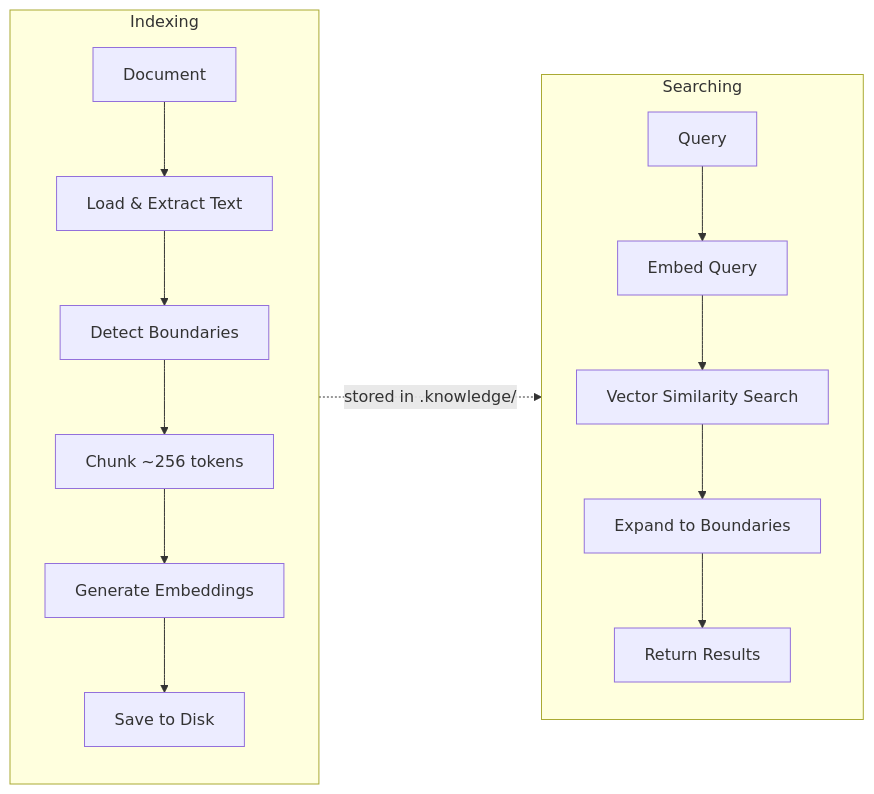
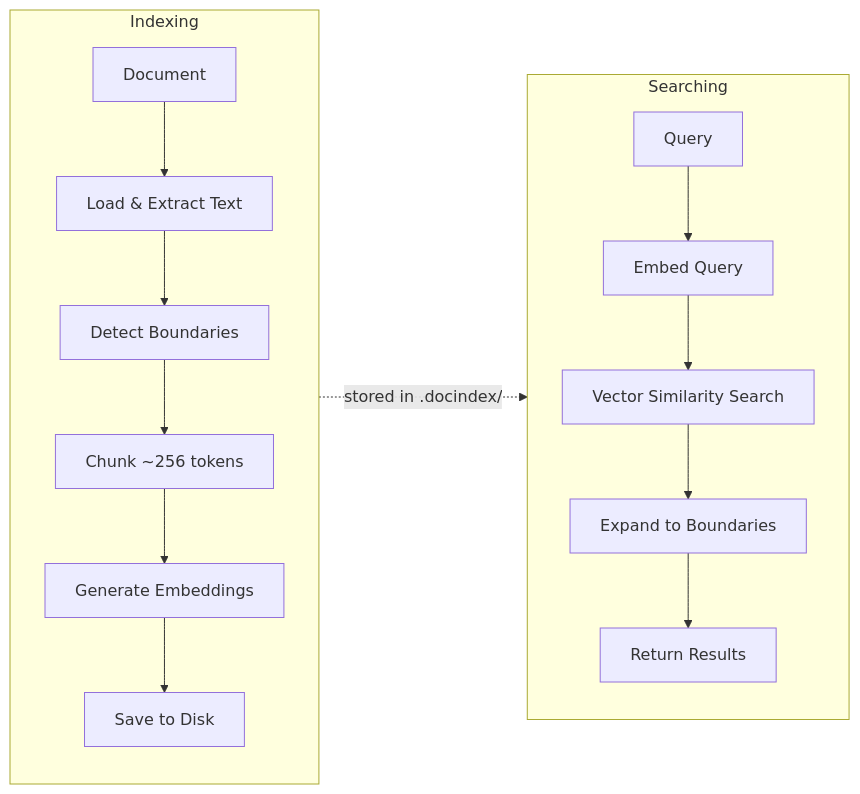
The second of 2 diagrams in README.md (mike-anderson/doc-index-mcp), drawn with Mermaid before and after one commit. The commit also changed other lines of this file and 18 other files, not shown here.

First line of the commit message:
Rename project from knowledge-index-mcp to doc-index-mcp

````diff
--- a/README.md
+++ b/README.md
@@ -194,21 +194,21 @@
 ```mermaid
 flowchart LR
     subgraph Index["Indexing"]
         direction TB
         A[Document] --> B[Load & Extract Text]
         B --> C[Detect Boundaries]
         C --> D[Chunk ~256 tokens]
         D --> E[Generate Embeddings]
         E --> F[Save to Disk]
     end
 
     subgraph Search["Searching"]
         direction TB
         G[Query] --> H[Embed Query]
         H --> I[Vector Similarity Search]
         I --> J[Expand to Boundaries]
         J --> K[Return Results]
     end
 
-    Index -.->|stored in .knowledge/| Search
+    Index -.->|stored in .docindex/| Search
 ```
````
